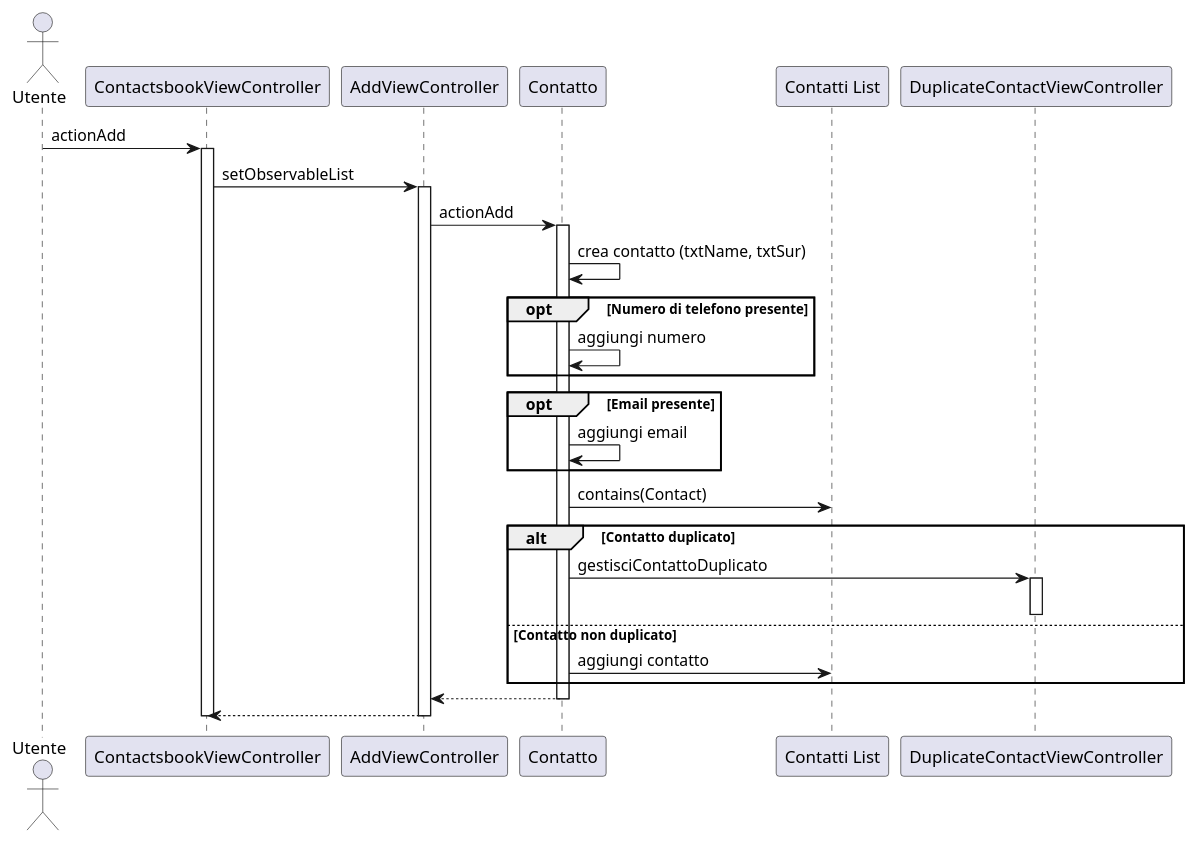
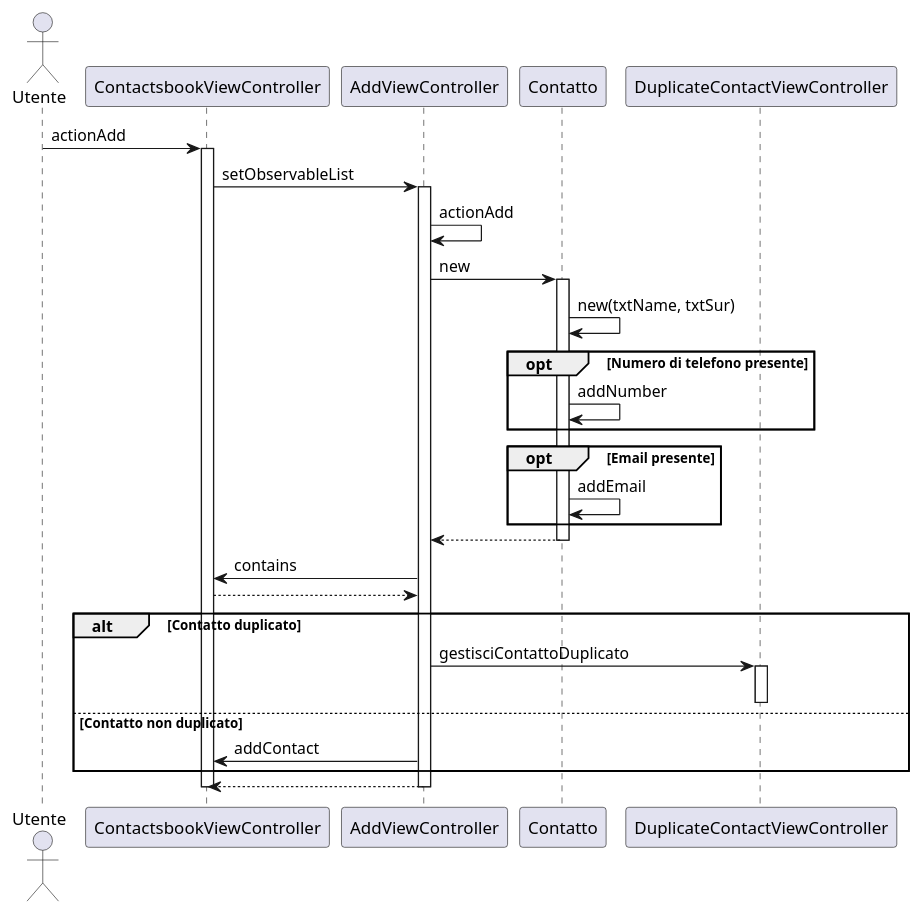
The diagram in src/main/resources/SequenceDiagrams/SequenceDiagramm_actionAdd.puml (CupoMeridio/Ingegneria-del-software-2024-2025), drawn with PlantUML before and after one commit.

Commit message:
Sequence Diagram actionAdd

```diff
--- a/src/main/resources/SequenceDiagrams/SequenceDiagramm_actionAdd.puml
+++ b/src/main/resources/SequenceDiagrams/SequenceDiagramm_actionAdd.puml
@@ -1,36 +1,38 @@
 @startuml
 actor Utente
 participant ContactsbookViewController
 participant AddViewController
 participant "Contatto" as Contact
-participant "Contatti List" as contacts
-participant "DuplicateContactViewController" as DuplicateContactViewController
+participant DuplicateContactViewController
 
 
 Utente -> ContactsbookViewController: actionAdd
 activate ContactsbookViewController
 ContactsbookViewController->AddViewController: setObservableList
 activate AddViewController
-AddViewController -> Contact: actionAdd
+AddViewController -> AddViewController: actionAdd
+AddViewController -> Contact: new
 activate Contact
-Contact -> Contact: crea contatto (txtName, txtSur)
+Contact->Contact: new(txtName, txtSur)
 opt Numero di telefono presente
-    Contact -> Contact: aggiungi numero
+    Contact -> Contact: addNumber
 end
 opt Email presente
-    Contact -> Contact: aggiungi email
+    Contact -> Contact: addEmail
 end
-Contact -> contacts: contains(Contact)
+Contact --> AddViewController
+deactivate Contact
+AddViewController->ContactsbookViewController: contains
+ContactsbookViewController-->AddViewController
 alt Contatto duplicato
-    Contact -> DuplicateContactViewController: gestisciContattoDuplicato
+    AddViewController -> DuplicateContactViewController: gestisciContattoDuplicato
     activate DuplicateContactViewController
     deactivate DuplicateContactViewController 
 else Contatto non duplicato
-    Contact -> contacts: aggiungi contatto
+    AddViewController -> ContactsbookViewController: addContact
 end
-Contact -->AddViewController
 deactivate Contact
 AddViewController-->ContactsbookViewController
 deactivate AddViewController
 deactivate ContactsbookViewController
 @enduml 
```
